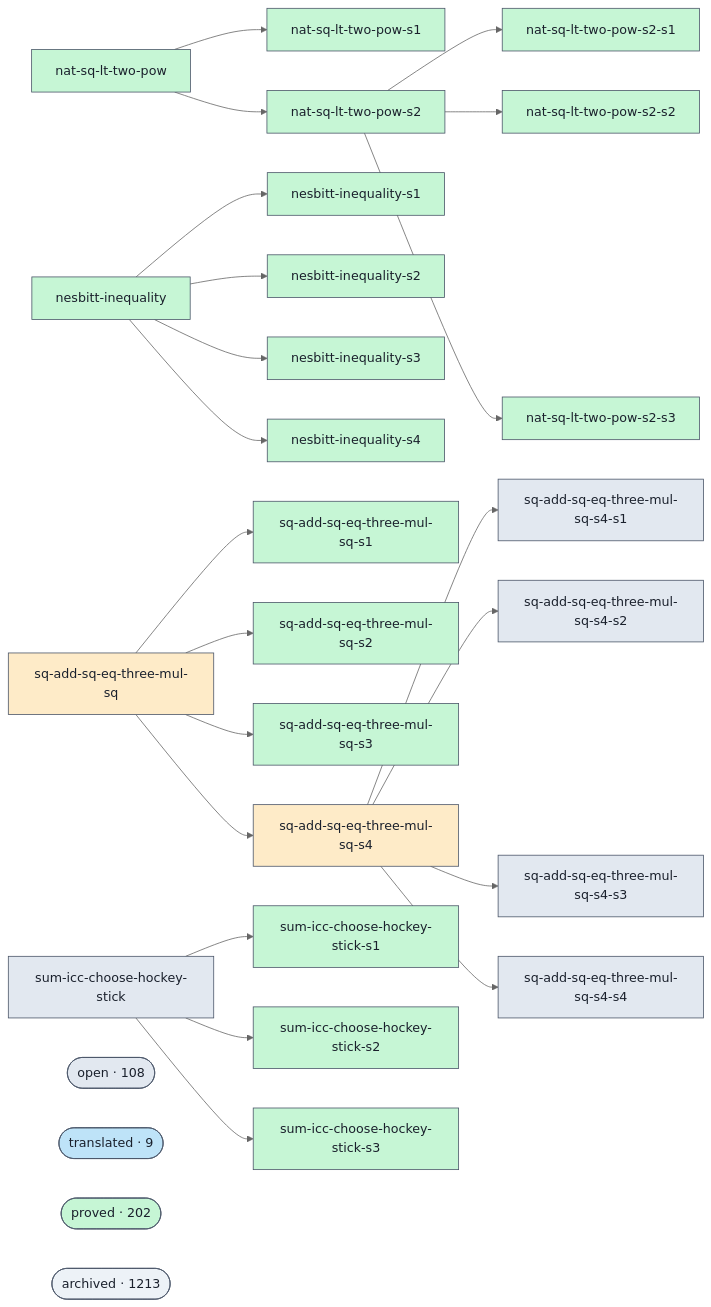
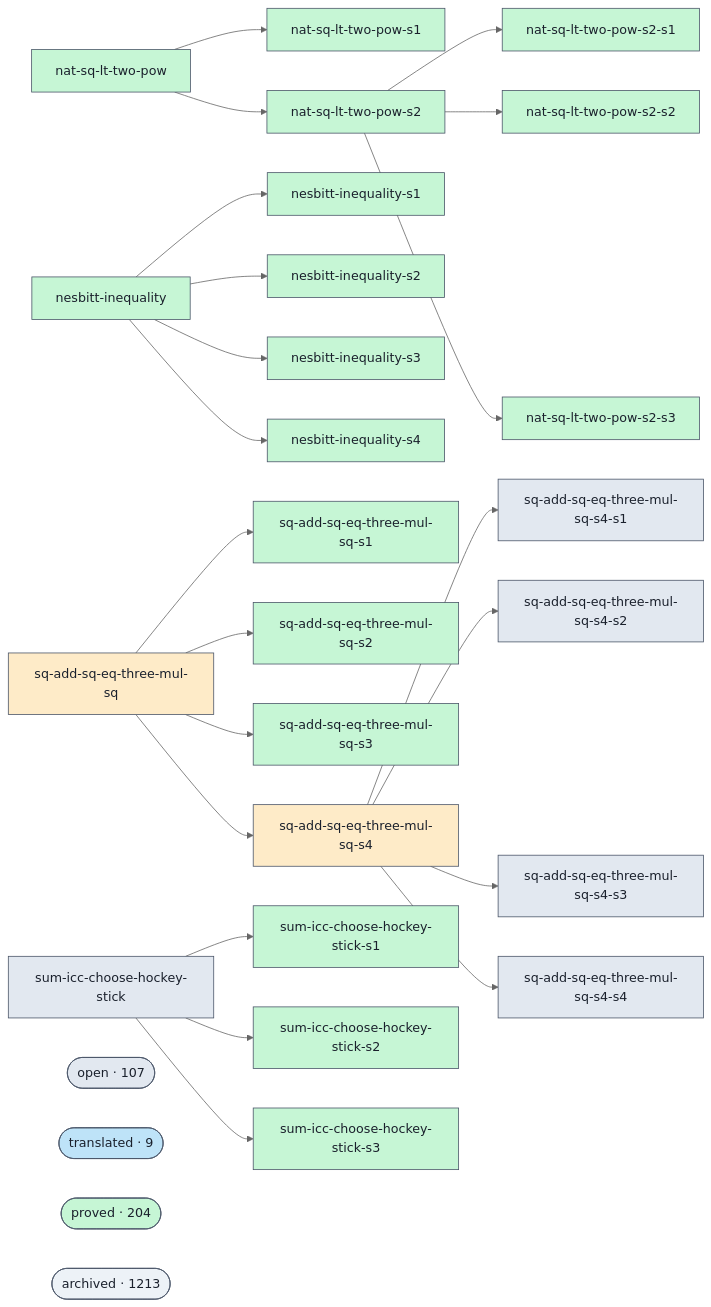
Before and after one commit to ohdearquant/unsorry: the diagram in docs/proofs-contributors-visualisation.md, drawn with Mermaid (neutral theme). The commit also changed other lines of this file and 2 other files, not shown here.

```diff
--- a/docs/proofs-contributors-visualisation.md
+++ b/docs/proofs-contributors-visualisation.md
@@ -114,11 +114,11 @@
   g_sum_icc_choose_hockey_stick --> g_sum_icc_choose_hockey_stick_s1
   g_sum_icc_choose_hockey_stick --> g_sum_icc_choose_hockey_stick_s2
   g_sum_icc_choose_hockey_stick --> g_sum_icc_choose_hockey_stick_s3
-  cluster_open(["open · 108"])
+  cluster_open(["open · 107"])
   class cluster_open open;
   cluster_translated(["translated · 9"])
   class cluster_translated translated;
-  cluster_proved(["proved · 202"])
+  cluster_proved(["proved · 204"])
   class cluster_proved proved;
   cluster_archived(["archived · 1213"])
   class cluster_archived unknown;
```
